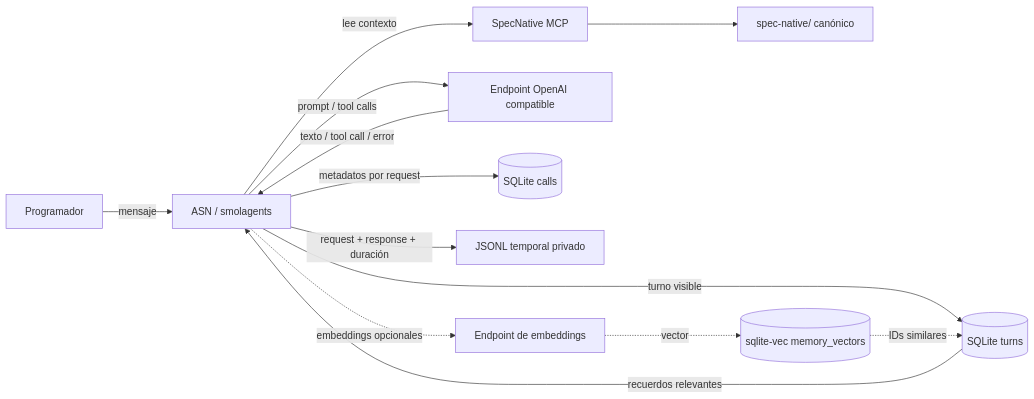
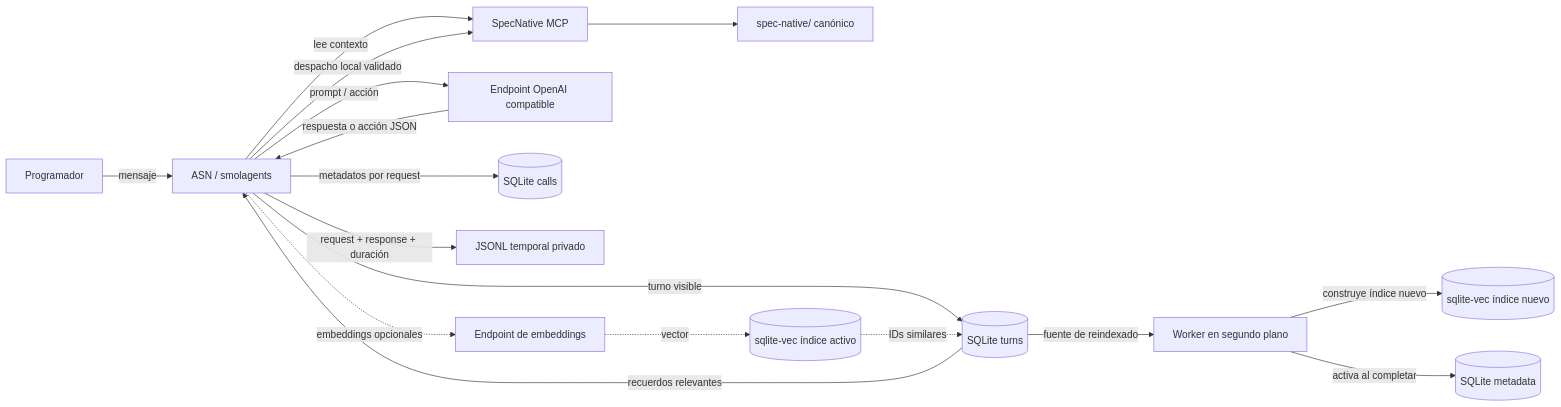
One commit to rafex/Agent-SpecNative-Development changed the first of 3 diagrams in docs/history-and-sqlite.md. Above: the diagram before and after it, drawn with Mermaid. The commit also changed other lines of this file and 21 other files, not shown here.

````diff
--- a/docs/history-and-sqlite.md
+++ b/docs/history-and-sqlite.md
@@ -54,15 +54,19 @@
 ```mermaid
 flowchart LR
     Dev[Programador] -->|mensaje| ASN[ASN / smolagents]
     ASN -->|lee contexto| MCP[SpecNative MCP]
     MCP --> Docs[spec-native/ canónico]
-    ASN -->|prompt / tool calls| LLM[Endpoint OpenAI compatible]
-    LLM -->|texto / tool call / error| ASN
+    ASN -->|prompt / acción| LLM[Endpoint OpenAI compatible]
+    LLM -->|respuesta o acción JSON| ASN
+    ASN -->|despacho local validado| MCP
     ASN -->|metadatos por request| Calls[(SQLite calls)]
     ASN -->|turno visible| Turns[(SQLite turns)]
     ASN -->|request + response + duración| Eval[JSONL temporal privado]
     ASN -. embeddings opcionales .-> Embed[Endpoint de embeddings]
-    Embed -. vector .-> Vec[(sqlite-vec memory_vectors)]
+    Embed -. vector .-> Vec[(sqlite-vec índice activo)]
+    Turns -->|fuente de reindexado| Worker[Worker en segundo plano]
+    Worker -->|construye índice nuevo| VecBuild[(sqlite-vec índice nuevo)]
+    Worker -->|activa al completar| Meta[(SQLite metadata)]
     Vec -. IDs similares .-> Turns
     Turns -->|recuerdos relevantes| ASN
 ```
````
